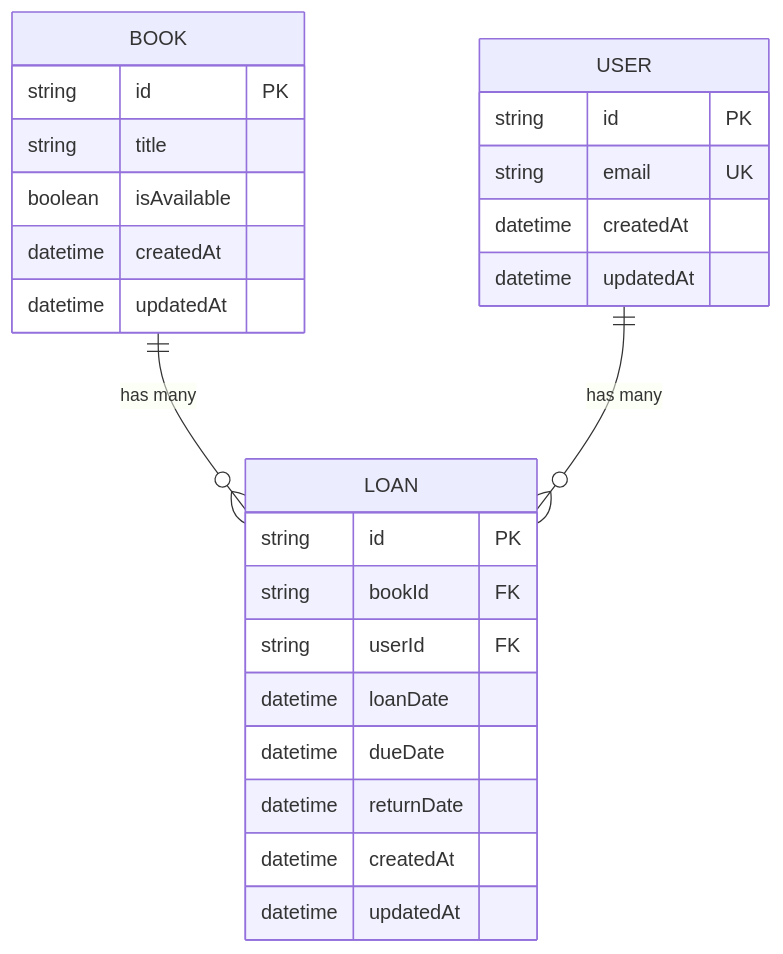
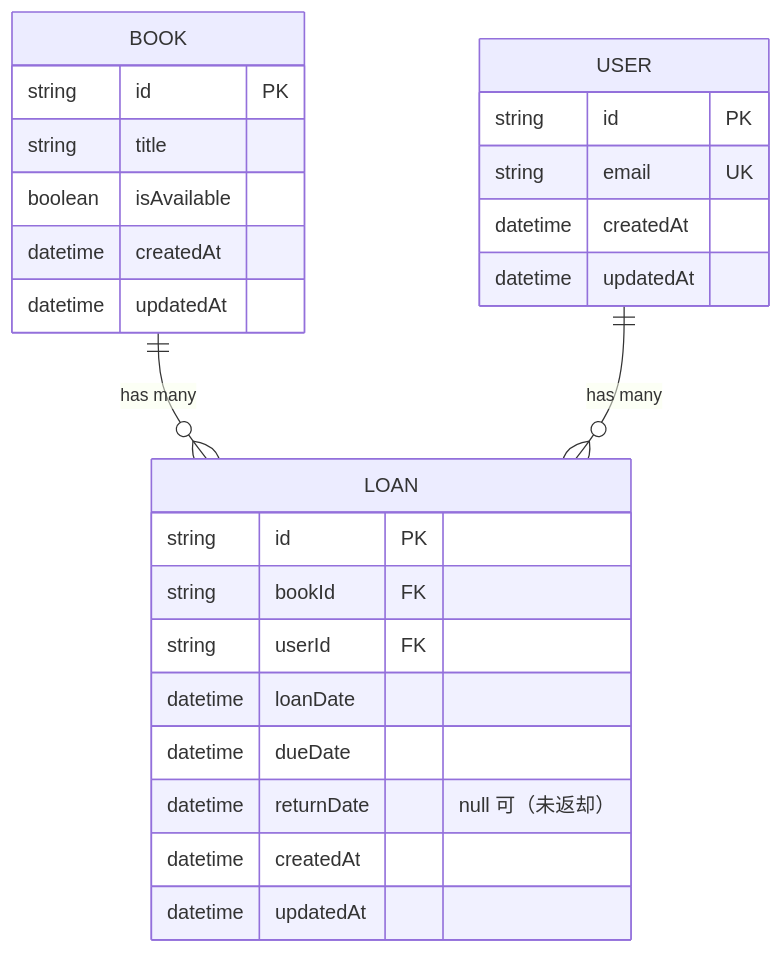
One commit to nemonsoon/library-api changed the third of 3 diagrams in README.md. Above: the diagram before and after it, drawn with Mermaid. The commit also changed other lines of this file and 3 other files, not shown here.

````diff
--- a/README.md
+++ b/README.md
@@ -80,31 +80,31 @@
 ```mermaid
 erDiagram
   BOOK {
     string id PK
     string title
     boolean isAvailable
     datetime createdAt
     datetime updatedAt
   }
 
   USER {
     string id PK
     string email UK
     datetime createdAt
     datetime updatedAt
   }
 
   LOAN {
     string id PK
     string bookId FK
     string userId FK
     datetime loanDate
     datetime dueDate
-    datetime returnDate
+    datetime returnDate "null 可（未返却）"
     datetime createdAt
     datetime updatedAt
   }
 
   BOOK ||--o{ LOAN : "has many"
   USER ||--o{ LOAN : "has many"
 ```
````
